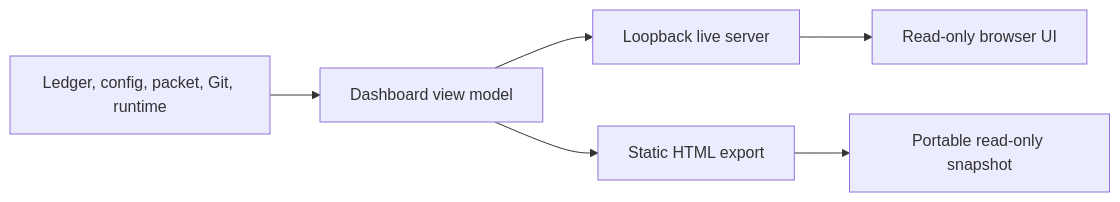
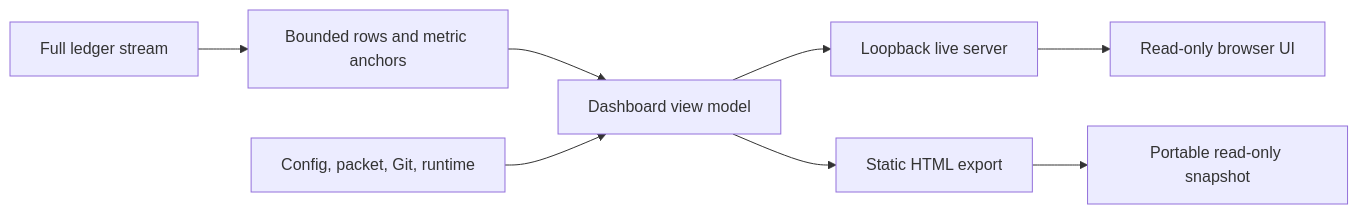
Before and after one commit to TheGreenCedar/codex-autoresearch: the third of 5 diagrams in plugins/codex-autoresearch/docs/architecture.md, drawn with Mermaid. The commit also changed other lines of this file and 49 other files, not shown here.

````diff
--- a/plugins/codex-autoresearch/docs/architecture.md
+++ b/plugins/codex-autoresearch/docs/architecture.md
@@ -90,8 +90,10 @@
 ```mermaid
 flowchart LR
-  Files["Ledger, config, packet, Git, runtime"] --> Model["Dashboard view model"]
+  Ledger["Full ledger stream"] --> Fold["Bounded rows and metric anchors"]
+  Fold --> Model["Dashboard view model"]
+  Files["Config, packet, Git, runtime"] --> Model
   Model --> Live["Loopback live server"]
   Model --> Export["Static HTML export"]
   Live --> Browser["Read-only browser UI"]
   Export --> Snapshot["Portable read-only snapshot"]
 ```
````
